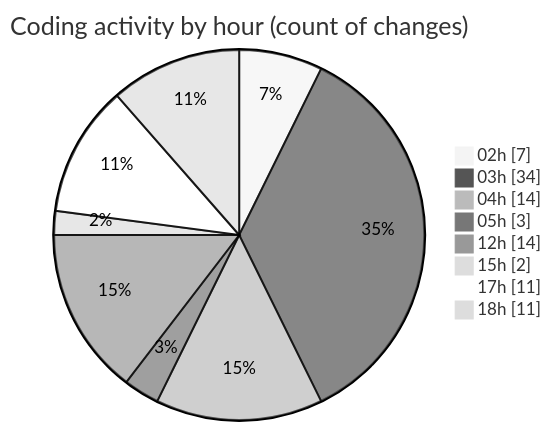
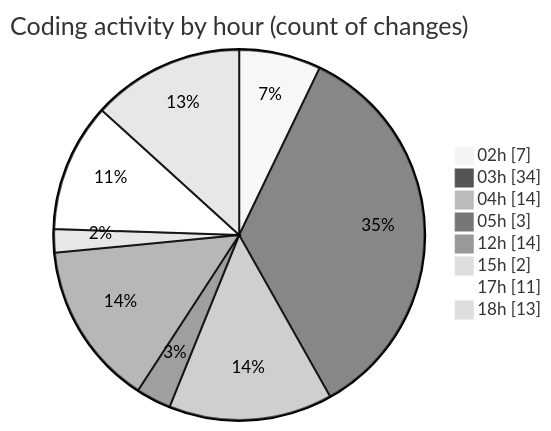
One commit to JenPaints/code-tracking changed the second of 2 diagrams in 2025-05-29/kimberly-groups/README.md. Above: the diagram before and after it, drawn with Mermaid (neutral theme). The commit also changed other lines of this file and 1 other file, not shown here.

````diff
--- a/2025-05-29/kimberly-groups/README.md
+++ b/2025-05-29/kimberly-groups/README.md
@@ -38,12 +38,12 @@
 ```mermaid
 pie showData
 title Coding activity by hour (count of changes)
 "02h" : 7
 "03h" : 34
 "04h" : 14
 "05h" : 3
 "12h" : 14
 "15h" : 2
 "17h" : 11
-"18h" : 11
+"18h" : 13
 ```
````
